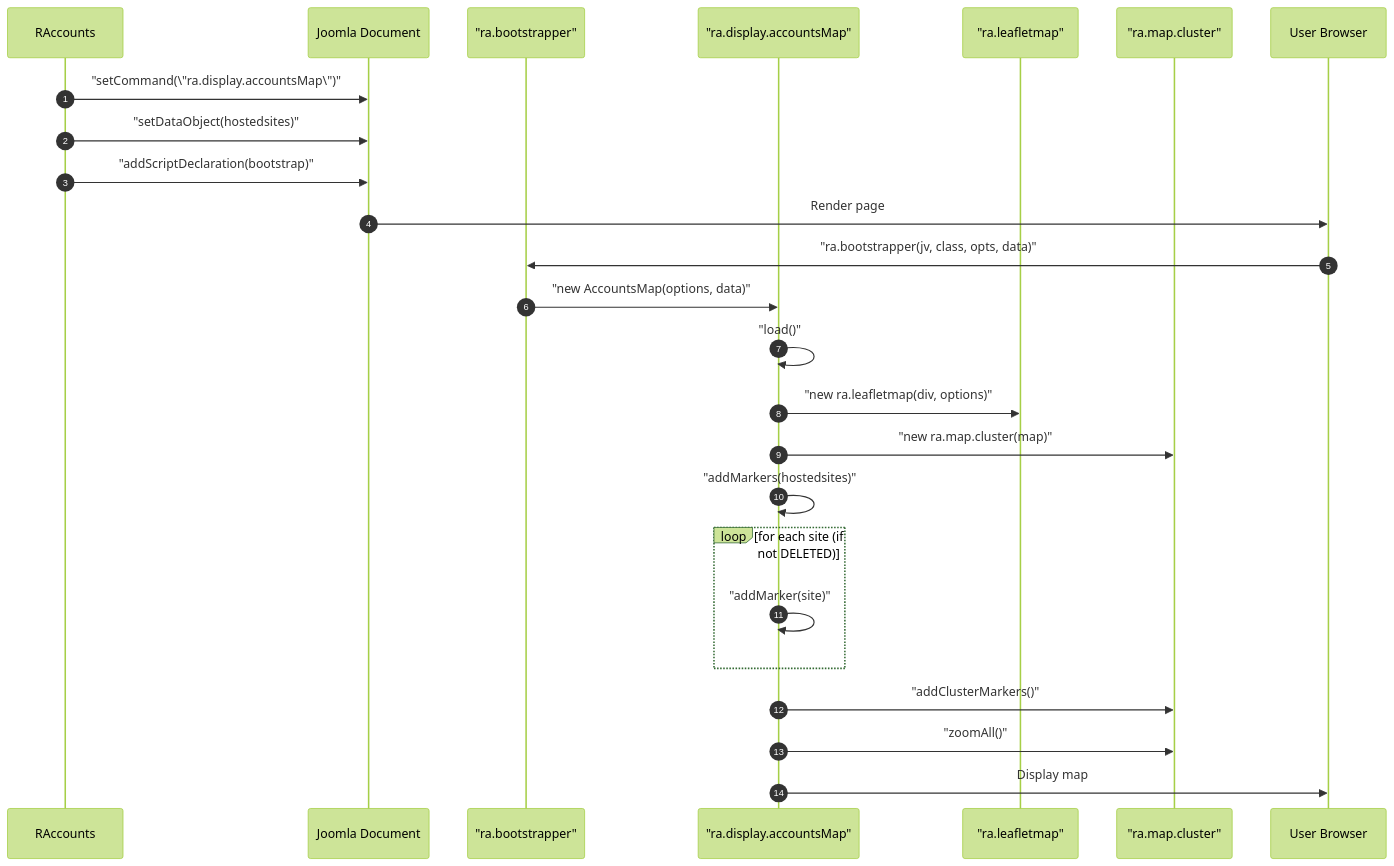
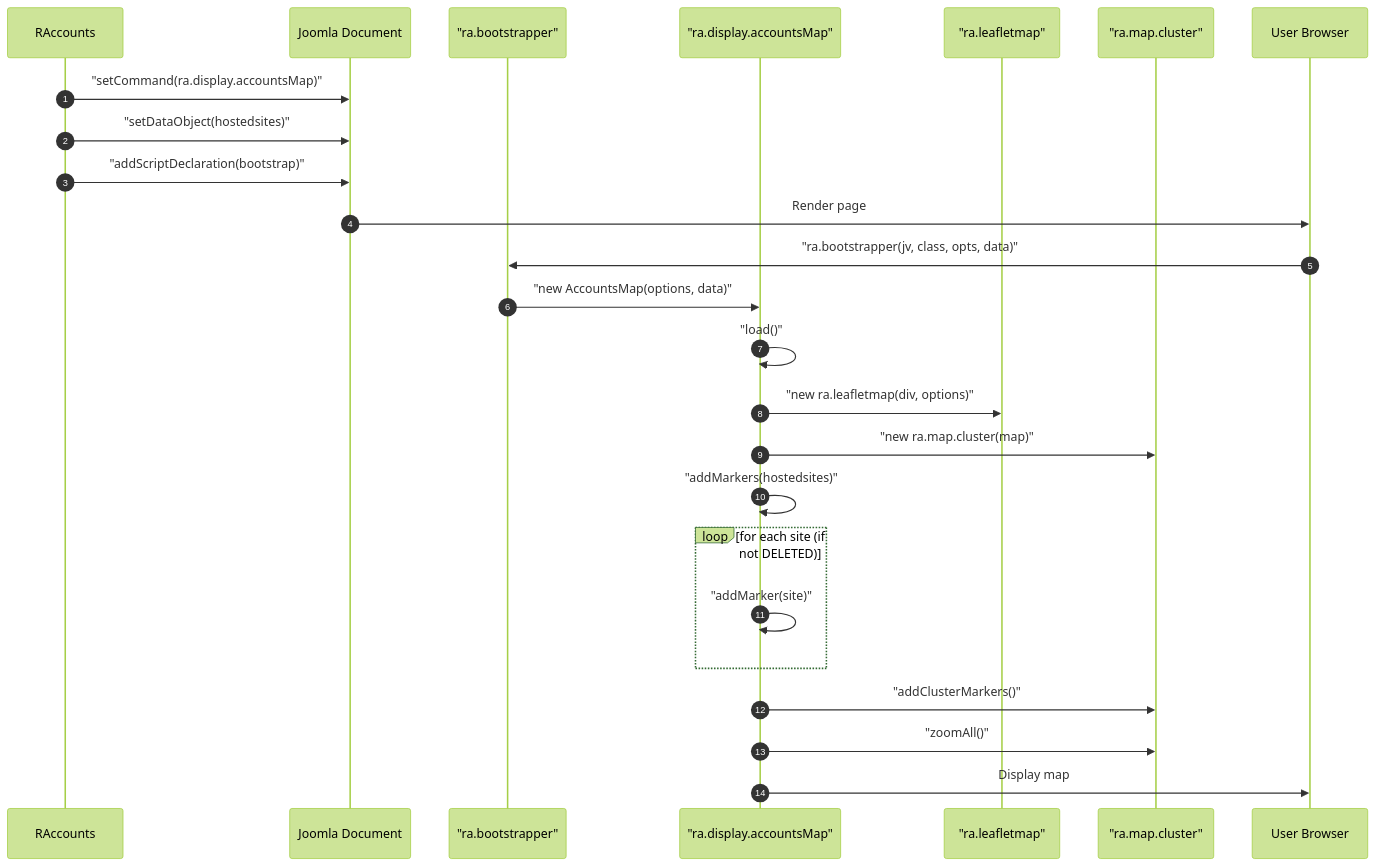
One commit to pauljrhodes/ramblers-library changed the second of 3 diagrams in media/accounts/HLD.md. Above: the diagram before and after it, drawn with Mermaid (forest theme). The commit also changed other lines of this file and 32 other files, not shown here.

Commit message:
Fix Mermaid diagrams for GitHub rendering

````diff
--- a/media/accounts/HLD.md
+++ b/media/accounts/HLD.md
@@ -80,28 +80,28 @@
 ```mermaid
 sequenceDiagram
     autonumber
     participant PHP as RAccounts
     participant Doc as Joomla Document
     participant Bootstrap as "ra.bootstrapper"
     participant AccountsMap as "ra.display.accountsMap"
     participant LeafletMap as "ra.leafletmap"
     participant Cluster as "ra.map.cluster"
     participant User as User Browser
 
-    PHP->>Doc: "setCommand(\"ra.display.accountsMap\")"
+    PHP->>Doc: "setCommand(ra.display.accountsMap)"
     PHP->>Doc: "setDataObject(hostedsites)"
     PHP->>Doc: "addScriptDeclaration(bootstrap)"
     Doc->>User: Render page
     User->>Bootstrap: "ra.bootstrapper(jv, class, opts, data)"
     Bootstrap->>AccountsMap: "new AccountsMap(options, data)"
     AccountsMap->>AccountsMap: "load()"
     AccountsMap->>LeafletMap: "new ra.leafletmap(div, options)"
     AccountsMap->>Cluster: "new ra.map.cluster(map)"
     AccountsMap->>AccountsMap: "addMarkers(hostedsites)"
     loop for each site (if not DELETED)
         AccountsMap->>AccountsMap: "addMarker(site)"
     end
     AccountsMap->>Cluster: "addClusterMarkers()"
     AccountsMap->>Cluster: "zoomAll()"
     AccountsMap->>User: Display map
 ```
````
